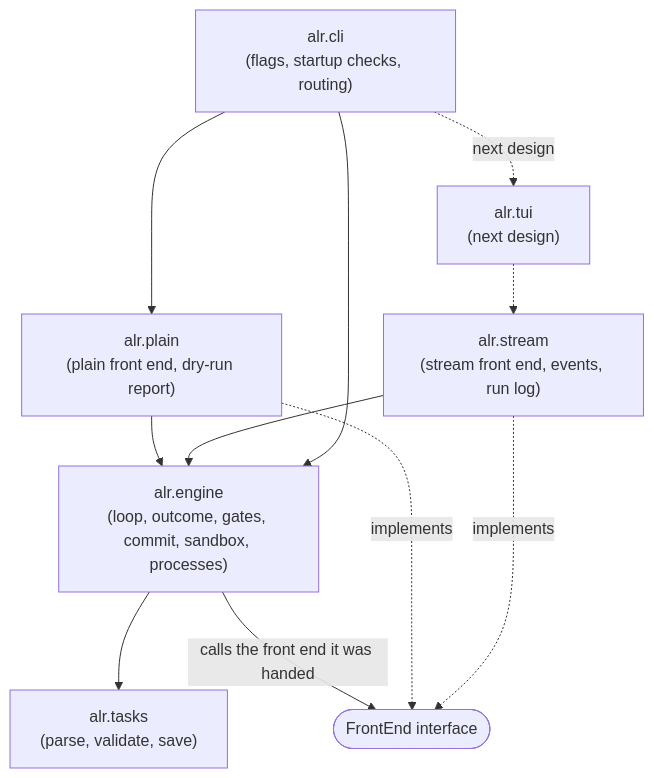
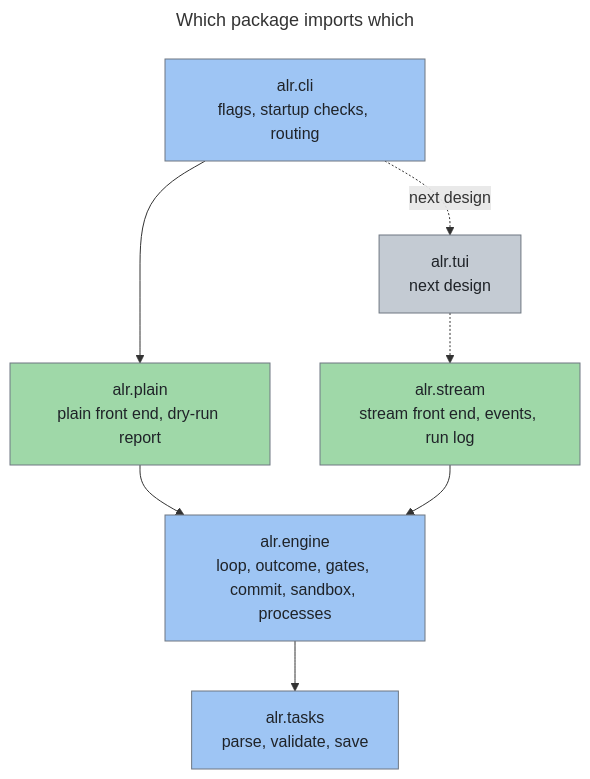
The first of 4 diagrams in docs/design/03_system_architecture.md (twistingmercury/agentic_loop_runner), drawn with Mermaid before and after one commit. The commit also changed other lines of this file and 3 other files, not shown here.

First line of the commit message:
Reformat the overview diagrams and fix gralph doc paths

````diff
--- a/docs/design/03_system_architecture.md
+++ b/docs/design/03_system_architecture.md
@@ -29,20 +29,23 @@
 ```mermaid
-graph TB
-    CLI["alr.cli<br/>(flags, startup checks, routing)"]
-    Plain["alr.plain<br/>(plain front end, dry-run report)"]
-    Stream["alr.stream<br/>(stream front end, events, run log)"]
-    TUI["alr.tui<br/>(next design)"]
-    Engine["alr.engine<br/>(loop, outcome, gates, commit, sandbox, processes)"]
-    Tasks["alr.tasks<br/>(parse, validate, save)"]
+---
+title: Which package imports which
+---
+flowchart TD
+    cli["alr.cli<br/>flags, startup checks, routing"]:::blue
+    plain["alr.plain<br/>plain front end, dry-run report"]:::green
+    tui["alr.tui<br/>next design"]:::gray
+    stream["alr.stream<br/>stream front end, events, run log"]:::green
+    engine["alr.engine<br/>loop, outcome, gates, commit, sandbox, processes"]:::blue
+    tasks["alr.tasks<br/>parse, validate, save"]:::blue
 
-    CLI --> Plain
-    CLI -.->|next design| TUI
-    TUI -.-> Stream
-    Plain --> Engine
-    Stream --> Engine
-    CLI --> Engine
-    Engine --> Tasks
-    Engine -->|calls the front end it was handed| FE(["FrontEnd interface"])
-    Plain -.->|implements| FE
-    Stream -.->|implements| FE
+    cli --> plain
+    cli -.->|next design| tui
+    tui -.-> stream
+    plain --> engine
+    stream --> engine
+    engine --> tasks
+
+    classDef blue fill:#9ec5f4,stroke:#6e7781,color:#1f2328
+    classDef green fill:#9fd8a8,stroke:#6e7781,color:#1f2328
+    classDef gray fill:#c4cbd3,stroke:#6e7781,color:#1f2328
 ```
````
